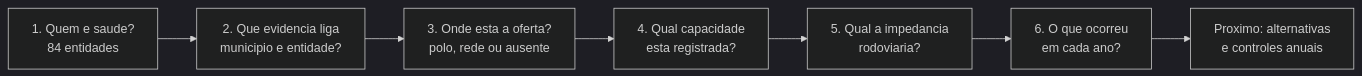
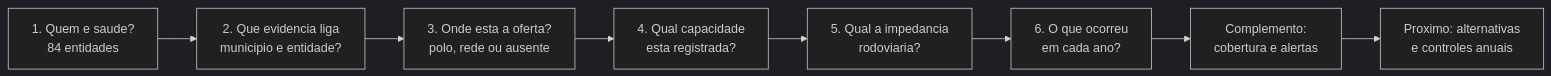
Before and after one commit to driano1221/consorcios-mg-dados-territorio: the first of 3 diagrams in analises/modelo_gravitacional_saude/LINHA_DO_TEMPO_PASSOS.md, drawn with Mermaid (dark theme). The commit also changed other lines of this file and 21 other files, not shown here.

````diff
--- a/analises/modelo_gravitacional_saude/LINHA_DO_TEMPO_PASSOS.md
+++ b/analises/modelo_gravitacional_saude/LINHA_DO_TEMPO_PASSOS.md
@@ -8,9 +8,10 @@
 ```mermaid
 flowchart LR
   P1["1. Quem e saude?<br/>84 entidades"] --> P2["2. Que evidencia liga<br/>municipio e entidade?"]
   P2 --> P3["3. Onde esta a oferta?<br/>polo, rede ou ausente"]
   P3 --> P4["4. Qual capacidade<br/>esta registrada?"]
   P4 --> P5["5. Qual a impedancia<br/>rodoviaria?"]
   P5 --> P6["6. O que ocorreu<br/>em cada ano?"]
-  P6 --> P7["Proximo: alternativas<br/>e controles anuais"]
+  P6 --> PC["Complemento:<br/>cobertura e alertas"]
+  PC --> P7["Proximo: alternativas<br/>e controles anuais"]
 ```
````
